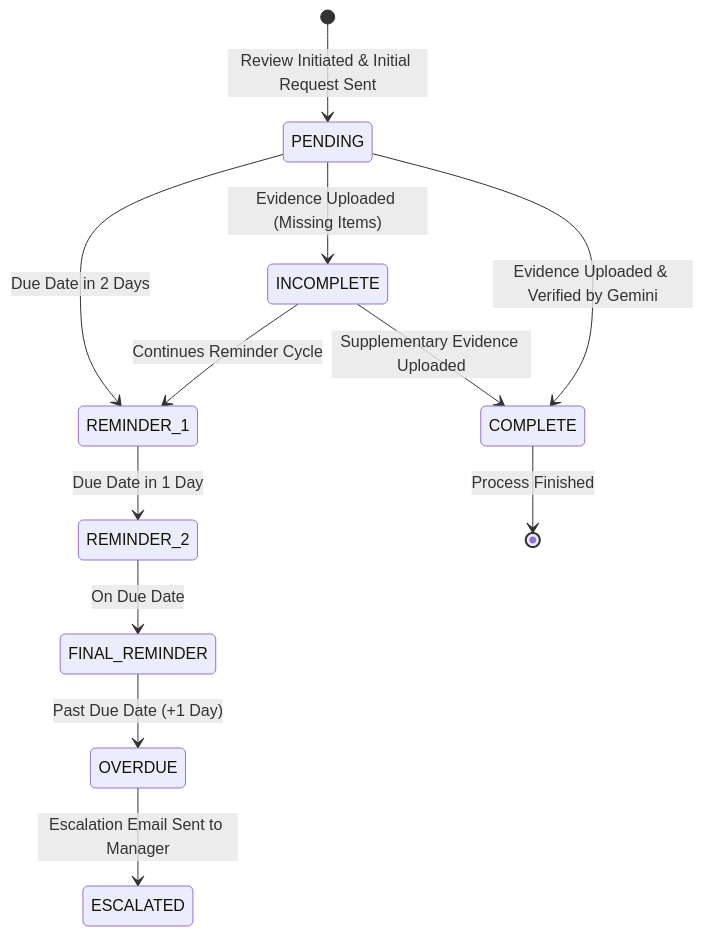
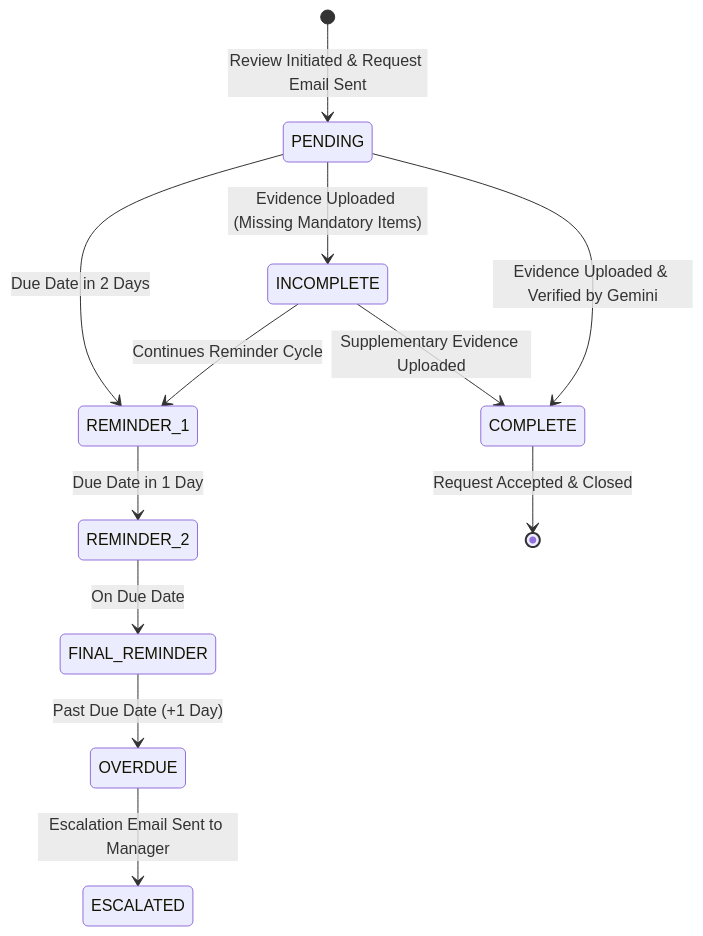
Before and after one commit to DarshanHegdeP/YG-Hackathon: the third of 3 diagrams in README.md, drawn with Mermaid. The commit also changed other lines of this file and 5 other files, not shown here.

````diff
--- a/README.md
+++ b/README.md
@@ -217,19 +323,19 @@
 ```mermaid
 stateDiagram-v2
-    [*] --> PENDING: Review Initiated & Initial Request Sent
+    [*] --> PENDING: Review Initiated & Request Email Sent
     
     PENDING --> REMINDER_1: Due Date in 2 Days
     REMINDER_1 --> REMINDER_2: Due Date in 1 Day
     REMINDER_2 --> FINAL_REMINDER: On Due Date
     
     FINAL_REMINDER --> OVERDUE: Past Due Date (+1 Day)
     OVERDUE --> ESCALATED: Escalation Email Sent to Manager
     
-    PENDING --> INCOMPLETE: Evidence Uploaded (Missing Items)
+    PENDING --> INCOMPLETE: Evidence Uploaded (Missing Mandatory Items)
     INCOMPLETE --> REMINDER_1: Continues Reminder Cycle
     
     PENDING --> COMPLETE: Evidence Uploaded & Verified by Gemini
     INCOMPLETE --> COMPLETE: Supplementary Evidence Uploaded
     
-    COMPLETE --> [*]: Process Finished
+    COMPLETE --> [*]: Request Accepted & Closed
 ```
````
